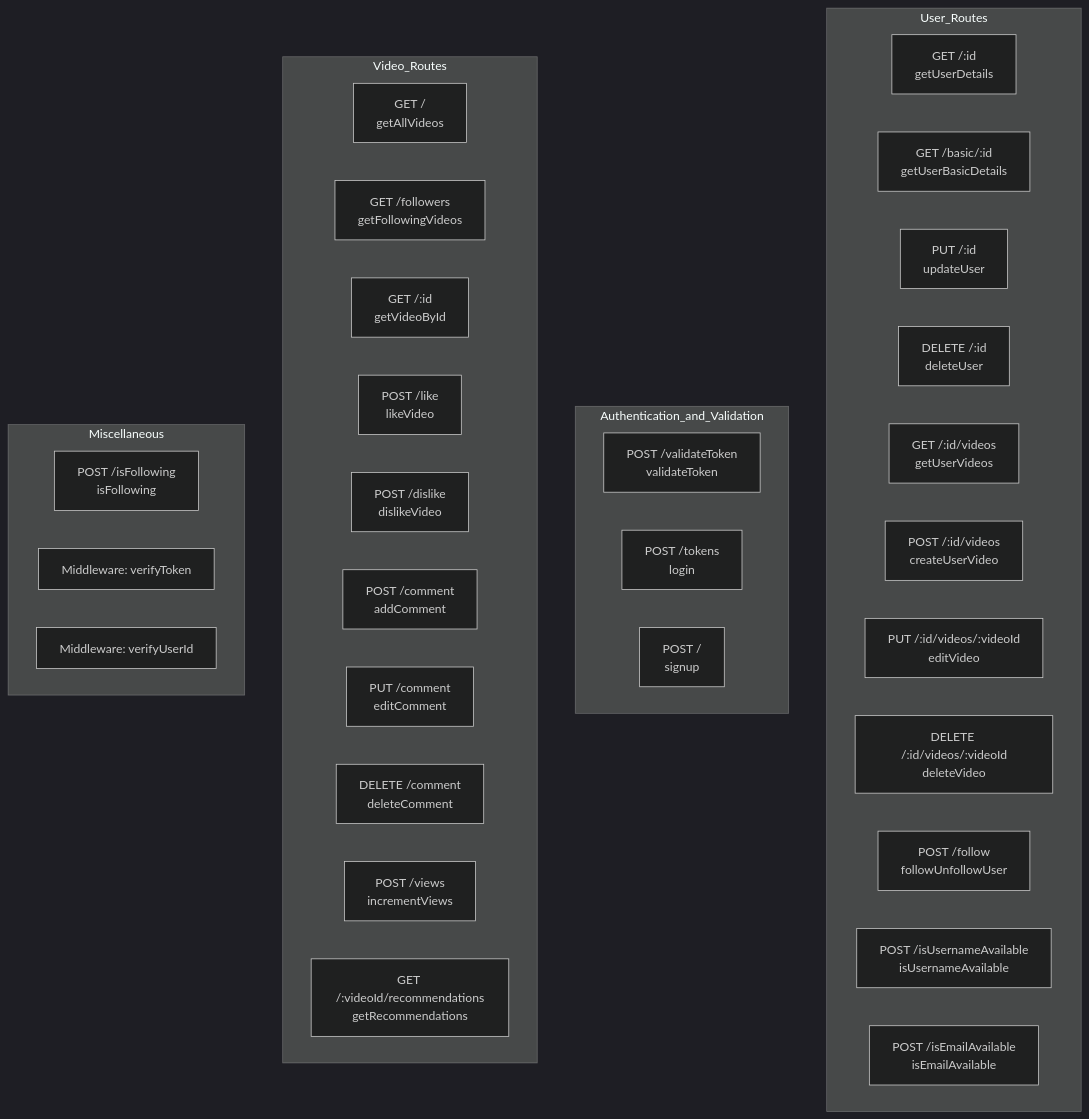
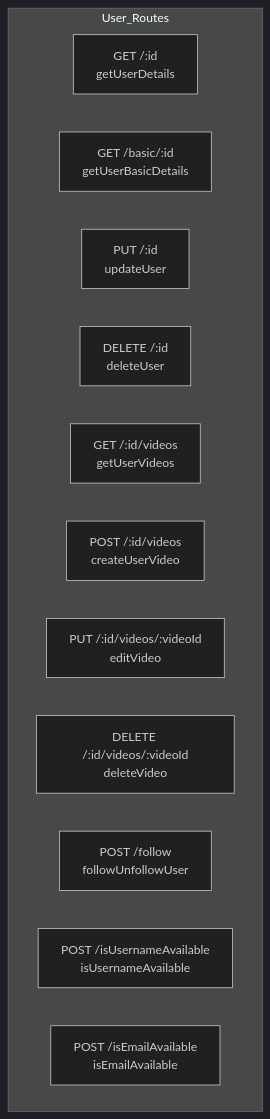
Before and after one commit to Mzhenian/CrispyCrumbsServer: the second of 3 diagrams in README.md, drawn with Mermaid (dark theme).

````diff
--- a/README.md
+++ b/README.md
@@ -234,41 +170,16 @@
 ```mermaid
 graph TD;
   subgraph User_Routes
     UserDetails["GET /:id\ngetUserDetails"]
     BasicUserDetails["GET /basic/:id\ngetUserBasicDetails"]
     UpdateUser["PUT /:id\nupdateUser"]
     DeleteUser["DELETE /:id\ndeleteUser"]
     UserVideos["GET /:id/videos\ngetUserVideos"]
     UploadVideo["POST /:id/videos\ncreateUserVideo"]
     EditVideo["PUT /:id/videos/:videoId\neditVideo"]
     DeleteVideo["DELETE /:id/videos/:videoId\ndeleteVideo"]
     FollowUnfollow["POST /follow\nfollowUnfollowUser"]
     UsernameAvailable["POST /isUsernameAvailable\nisUsernameAvailable"]
     EmailAvailable["POST /isEmailAvailable\nisEmailAvailable"]
   end
-
-  subgraph Authentication_and_Validation
-    ValidateToken["POST /validateToken\nvalidateToken"]
-    Login["POST /tokens\nlogin"]
-    Signup["POST /\nsignup"]
-  end
-
-  subgraph Video_Routes
-    AllVideos["GET /\ngetAllVideos"]
-    FollowingVideos["GET /followers\ngetFollowingVideos"]
-    VideoById["GET /:id\ngetVideoById"]
-    LikeVideo["POST /like\nlikeVideo"]
-    DislikeVideo["POST /dislike\ndislikeVideo"]
-    AddComment["POST /comment\naddComment"]
-    EditComment["PUT /comment\neditComment"]
-    DeleteComment["DELETE /comment\ndeleteComment"]
-    IncrementViews["POST /views\nincrementViews"]
-    GetRecommendations["GET /:videoId/recommendations\ngetRecommendations"]
-  end
-
-  subgraph Miscellaneous
-    CheckFollowing["POST /isFollowing\nisFollowing"]
-    VerifyToken["Middleware: verifyToken"]
-    VerifyUserId["Middleware: verifyUserId"]
-  end
 ```
````
